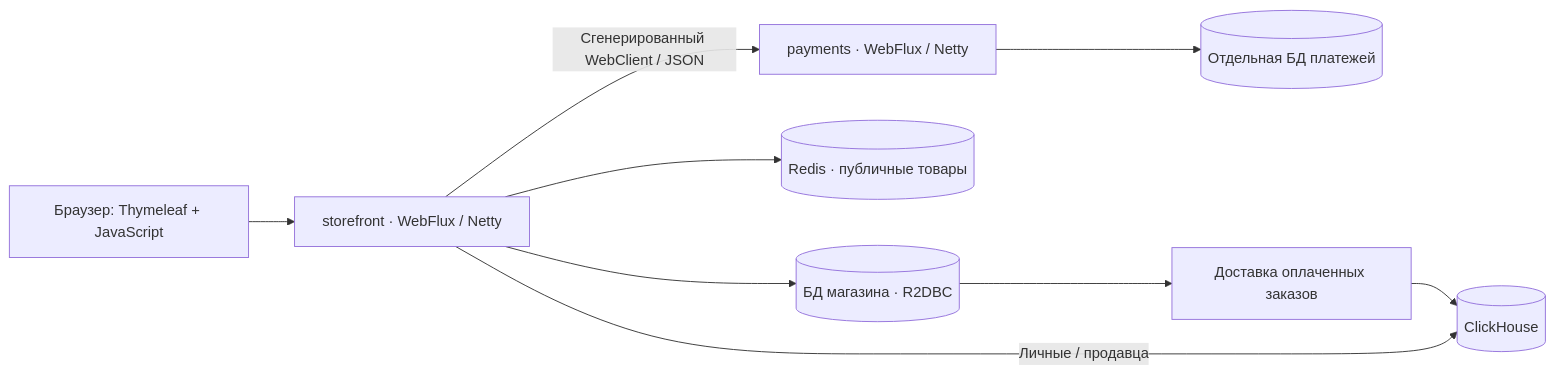
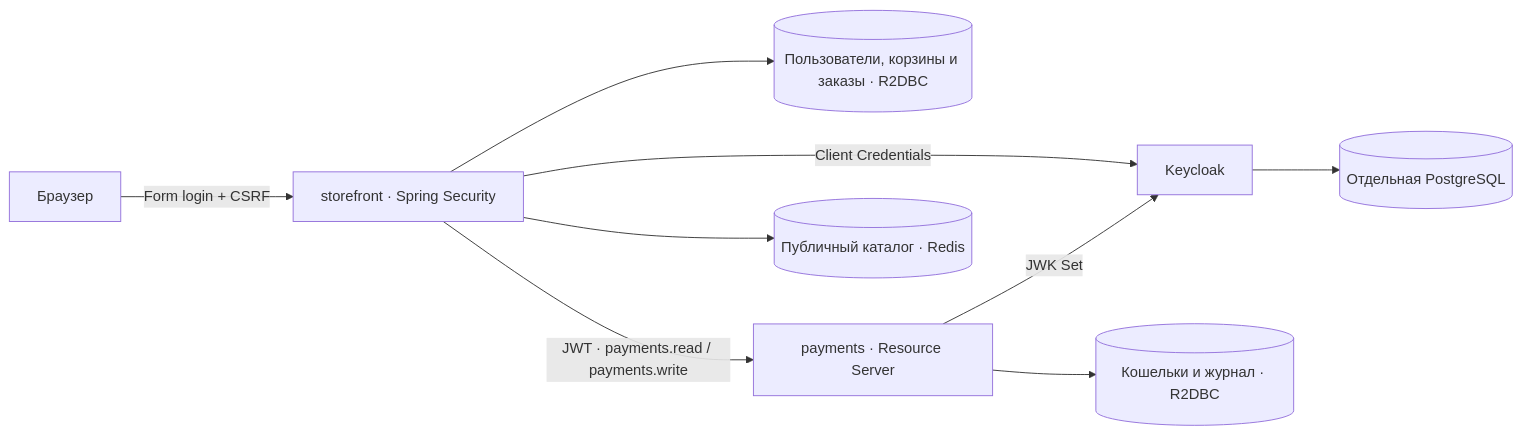
One commit to principalwater/java-engineering-course changed the diagram in projects/sprint08-security/README.md. Above: the diagram before and after it, drawn with Mermaid. The commit also changed other lines of this file and 7 other files, not shown here.

Commit message:
SPRINT-08: document security flows with verified interface views

````diff
--- a/projects/sprint08-security/README.md
+++ b/projects/sprint08-security/README.md
@@ -11,11 +11,11 @@
 ```mermaid
 flowchart LR
-    Browser[Браузер: Thymeleaf + JavaScript] --> Store[storefront · WebFlux / Netty]
-    Store --> SQL[(БД магазина · R2DBC)]
-    Store --> Redis[(Redis · публичные товары)]
-    Store -->|Сгенерированный WebClient / JSON| Pay[payments · WebFlux / Netty]
-    Pay --> Wallet[(Отдельная БД платежей)]
-    SQL --> Outbox[Доставка оплаченных заказов]
-    Outbox --> CH[(ClickHouse)]
-    Store -->|Личные / продавца| CH
+    Browser[Браузер] -->|Form login + CSRF| Store[storefront · Spring Security]
+    Store --> Users[(Пользователи, корзины и заказы · R2DBC)]
+    Store -->|Client Credentials| Auth[Keycloak]
+    Auth --> AuthDB[(Отдельная PostgreSQL)]
+    Store -->|JWT · payments.read / payments.write| Pay[payments · Resource Server]
+    Pay -->|JWK Set| Auth
+    Pay --> Wallets[(Кошельки и журнал · R2DBC)]
+    Store --> Redis[(Публичный каталог · Redis)]
 ```
````
